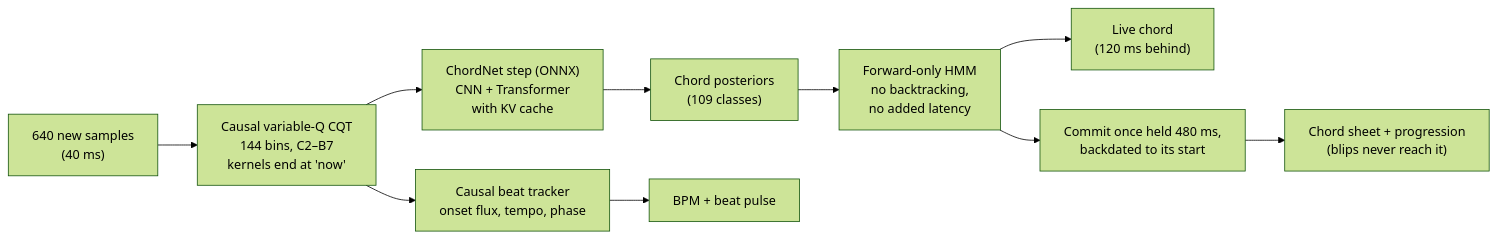
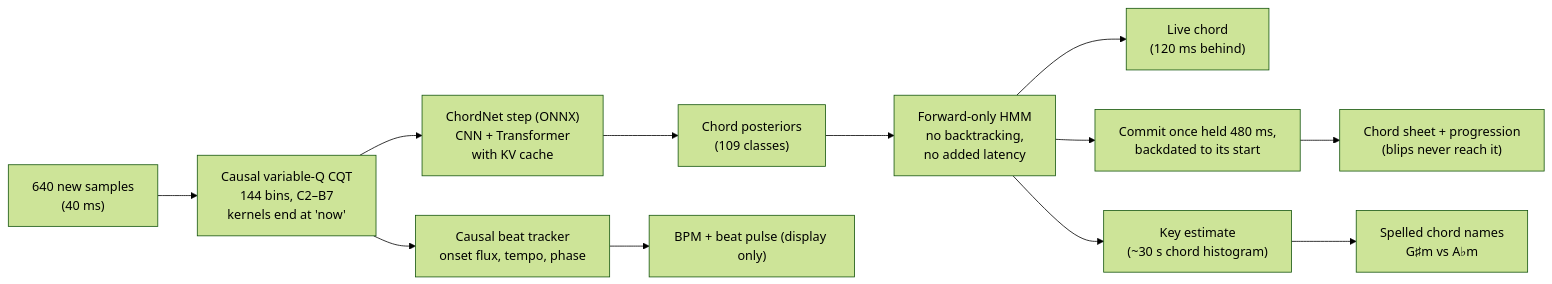
One commit to helloparthshah/chordstream changed the second of 4 diagrams in README.md. Above: the diagram before and after it, drawn with Mermaid (forest theme). The commit also changed other lines of this file and 4 other files, not shown here.

````diff
--- a/README.md
+++ b/README.md
@@ -45,12 +46,14 @@
 ```mermaid
 flowchart LR
     PCM["640 new samples<br/>(40 ms)"] --> CQT["Causal variable-Q CQT<br/>144 bins, C2–B7<br/>kernels end at 'now'"]
     CQT --> NET["ChordNet step (ONNX)<br/>CNN + Transformer<br/>with KV cache"]
     NET --> P["Chord posteriors<br/>(109 classes)"]
     P --> HMM["Forward-only HMM<br/>no backtracking,<br/>no added latency"]
     HMM --> LIVE["Live chord<br/>(120 ms behind)"]
     HMM --> HOLD["Commit once held 480 ms,<br/>backdated to its start"]
     HOLD --> BEAT["Chord sheet + progression<br/>(blips never reach it)"]
+    HMM --> KEY["Key estimate<br/>(~30 s chord histogram)"]
+    KEY --> NAME["Spelled chord names<br/>G♯m vs A♭m"]
     CQT --> BT["Causal beat tracker<br/>onset flux, tempo, phase"]
-    BT --> BPM["BPM + beat pulse"]
+    BT --> BPM["BPM + beat pulse (display only)"]
 ```
````
